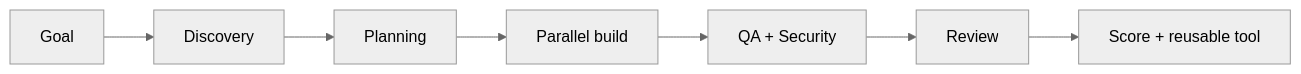
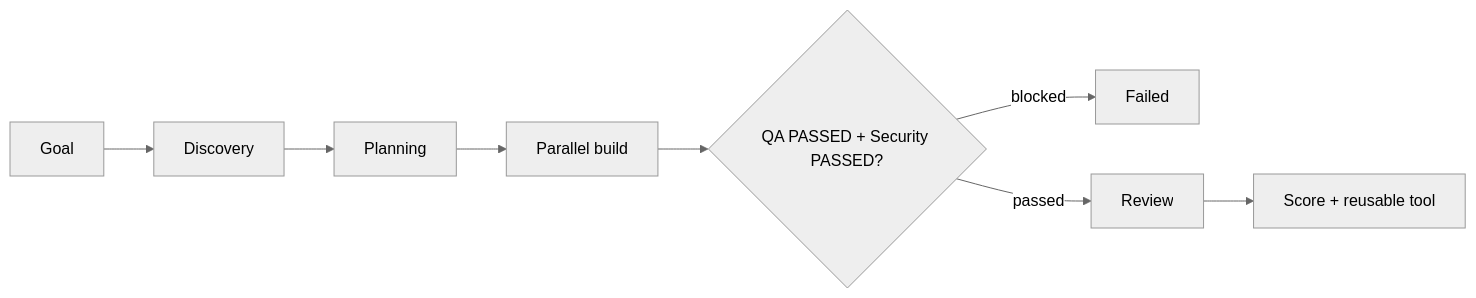
Before and after one commit to stoporkoff/llm-wiki: the diagram in README.md, drawn with Mermaid (neutral theme). The commit also changed other lines of this file and 15 other files, not shown here.

````diff
--- a/README.md
+++ b/README.md
@@ -33,6 +40,8 @@
 ```mermaid
 flowchart LR
   Goal --> Discovery --> Planning --> Build[Parallel build]
-  Build --> Verify[QA + Security]
-  Verify --> Review --> Package[Score + reusable tool]
+  Build --> Verify{QA PASSED + Security PASSED?}
+  Verify -->|blocked| Failed
+  Verify -->|passed| Review
+  Review --> Package[Score + reusable tool]
 ```
````
